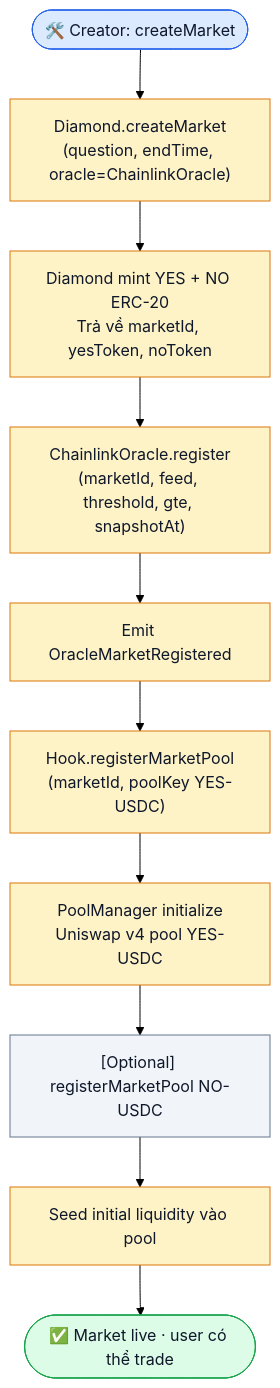
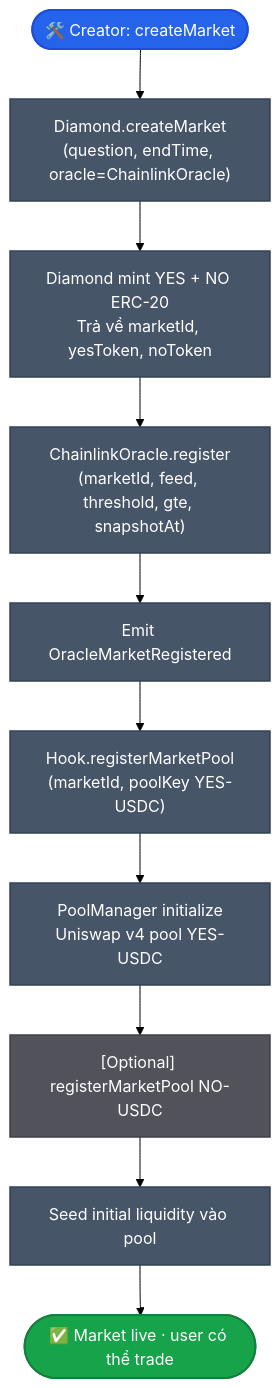
The second of 2 diagrams in vi_v6/huong-dan/tao-market.md (PrediX-Protocol/predix-docs), drawn with Mermaid (forest theme) before and after one commit. The commit also changed other lines of this file and 32 other files, not shown here.

First line of the commit message:
docs(vi_v6): redesign Mermaid theme — solid mid-tone palette + dark theme

````diff
--- a/vi_v6/huong-dan/tao-market.md
+++ b/vi_v6/huong-dan/tao-market.md
@@ -86,22 +86,22 @@
 ```mermaid
 flowchart TD
     Start(["🛠️ Creator: createMarket"])
     Start --> S1["Diamond.createMarket<br/>(question, endTime, oracle=ChainlinkOracle)"]
     S1 --> S2["Diamond mint YES + NO ERC-20<br/>Trả về marketId, yesToken, noToken"]
     S2 --> S3["ChainlinkOracle.register<br/>(marketId, feed, threshold, gte, snapshotAt)"]
     S3 --> S4["Emit OracleMarketRegistered"]
     S4 --> S5["Hook.registerMarketPool<br/>(marketId, poolKey YES-USDC)"]
     S5 --> S6["PoolManager initialize<br/>Uniswap v4 pool YES-USDC"]
     S6 --> S7["[Optional] registerMarketPool NO-USDC"]
     S7 --> S8["Seed initial liquidity vào pool"]
     S8 --> End(["✅ Market live · user có thể trade"])
 
-    classDef st fill:#dbeafe,stroke:#2563eb,color:#0f172a
-    classDef step fill:#fef3c7,stroke:#d97706,color:#0f172a
-    classDef opt fill:#f1f5f9,stroke:#64748b,color:#0f172a
-    classDef ok fill:#dcfce7,stroke:#16a34a,color:#0f172a
+    classDef st fill:#2563eb,stroke:#1d4ed8,color:#fff,stroke-width:2px
+    classDef step fill:#475569,stroke:#334155,color:#fff,stroke-width:1.5px
+    classDef opt fill:#52525b,stroke:#3f3f46,color:#fff,stroke-width:1.5px
+    classDef ok fill:#16a34a,stroke:#15803d,color:#fff,stroke-width:2px
     class Start st
     class S1,S2,S3,S4,S5,S6,S8 step
     class S7 opt
     class End ok
 ```
````
